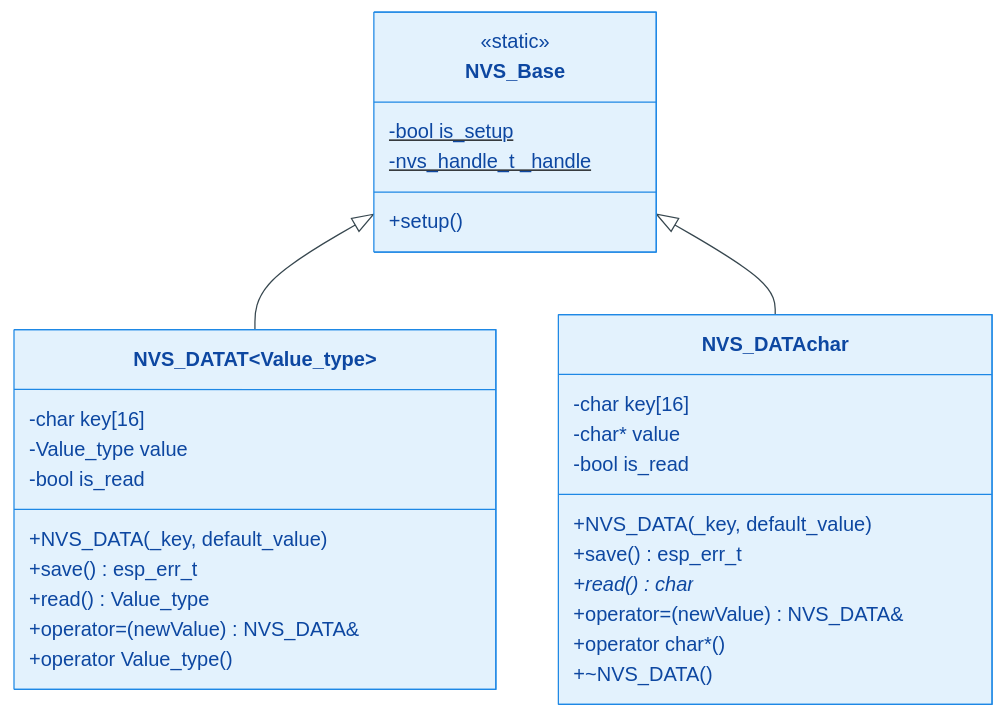
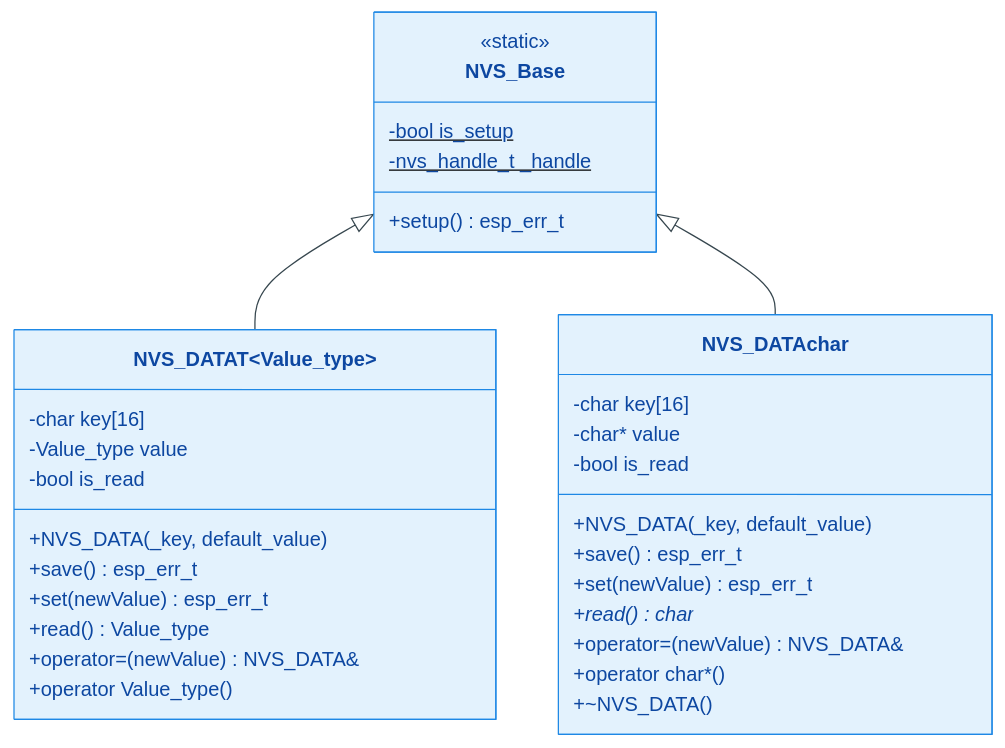
One commit to qingmeijiupiao/Wireless_power_meter_lite changed the first of 2 diagrams in components/bsp/HXC_NVS/README.md. Above: the diagram before and after it, drawn with Mermaid. The commit also changed other lines of this file and 58 other files, not shown here.

````diff
--- a/components/bsp/HXC_NVS/README.md
+++ b/components/bsp/HXC_NVS/README.md
@@ -26,39 +29,41 @@
 ```mermaid
 %%{init: { 'theme': 'base', 'themeVariables': { 'primaryColor': '#E3F2FD', 'primaryBorderColor': '#1E88E5', 'primaryTextColor': '#0D47A1', 'lineColor': '#37474F', 'clusterBkg': '#F8FBFF', 'clusterBorder': '#90CAF9' } }}%%
 classDiagram
     class NVS_Base {
         <<static>>
         -bool is_setup$
         -nvs_handle_t _handle$
-        +setup()
+        +setup() esp_err_t
     }
 
     class NVS_DATAT~Value_type~ {
         -char key[16]
         -Value_type value
         -bool is_read
         +NVS_DATA(_key, default_value)
         +save() esp_err_t
+        +set(newValue) esp_err_t
         +read() Value_type
         +operator=(newValue) NVS_DATA&
         +operator Value_type()
     }
 
     class NVS_DATAchar {
         -char key[16]
         -char* value
         -bool is_read
         +NVS_DATA(_key, default_value)
         +save() esp_err_t
+        +set(newValue) esp_err_t
         +read() char*
         +operator=(newValue) NVS_DATA&
         +operator char*()
         +~NVS_DATA()
     }
 
     NVS_Base <|-- NVS_DATAT~Value_type~
     NVS_Base <|-- NVS_DATAchar
 
     classDef warn fill:#FFF3E0,stroke:#FFB74D,color:#E65100;
     classDef hardware fill:#E8EAF6,stroke:#3F51B5,color:#1A237E;
 ```
````
